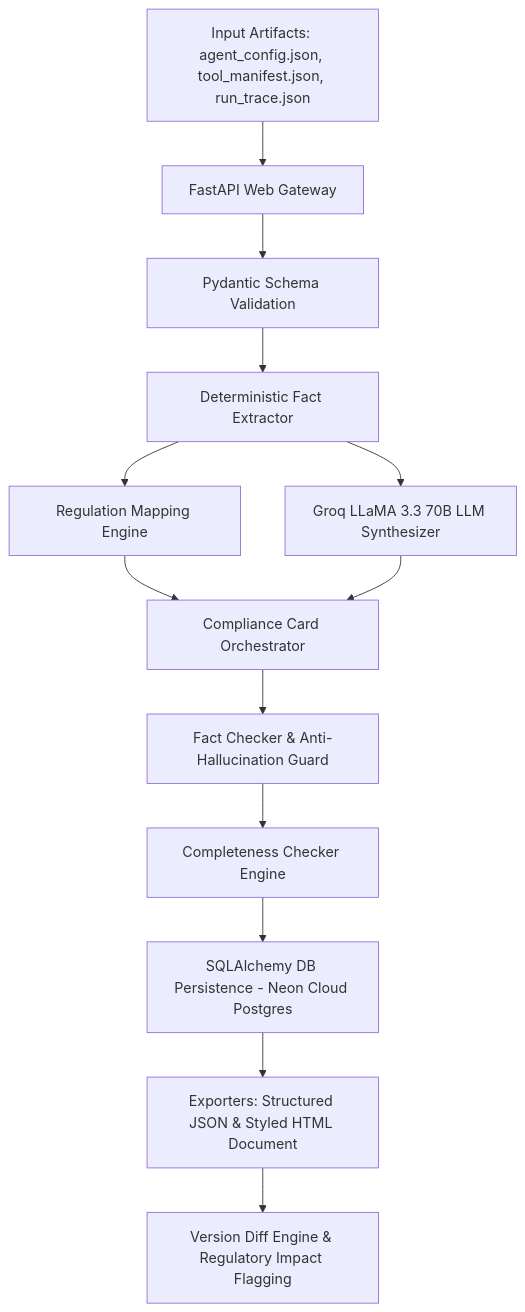
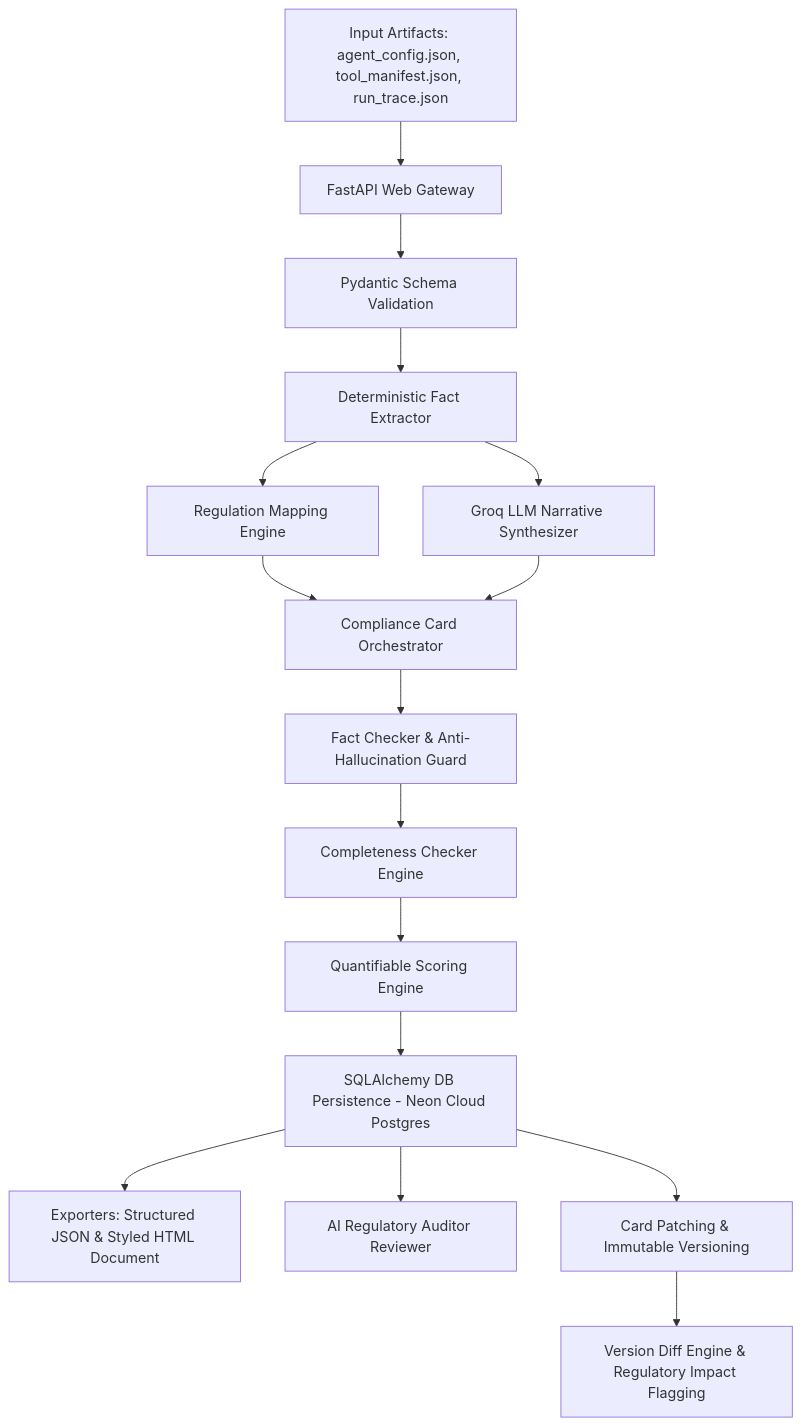
Before and after one commit to PoorvikaGowda23/Aivar_Hackathon_AWS_22PD10: the diagram in README.md, drawn with Mermaid. The commit also changed other lines of this file, not shown here.

````diff
--- a/README.md
+++ b/README.md
@@ -30,15 +30,18 @@
 ```mermaid
 flowchart TD
     A[Input Artifacts: agent_config.json, tool_manifest.json, run_trace.json] --> B[FastAPI Web Gateway]
     B --> C[Pydantic Schema Validation]
     C --> D[Deterministic Fact Extractor]
     D --> E[Regulation Mapping Engine]
-    D --> F[Groq LLaMA 3.3 70B LLM Synthesizer]
+    D --> F[Groq LLM Narrative Synthesizer]
     E --> G[Compliance Card Orchestrator]
     F --> G
     G --> H[Fact Checker & Anti-Hallucination Guard]
     H --> I[Completeness Checker Engine]
-    I --> J[SQLAlchemy DB Persistence - Neon Cloud Postgres]
-    J --> K[Exporters: Structured JSON & Styled HTML Document]
-    K --> L[Version Diff Engine & Regulatory Impact Flagging]
+    I --> J[Quantifiable Scoring Engine]
+    J --> K[SQLAlchemy DB Persistence - Neon Cloud Postgres]
+    K --> L[Exporters: Structured JSON & Styled HTML Document]
+    K --> M[AI Regulatory Auditor Reviewer]
+    K --> N[Card Patching & Immutable Versioning]
+    N --> O[Version Diff Engine & Regulatory Impact Flagging]
 ```
````
